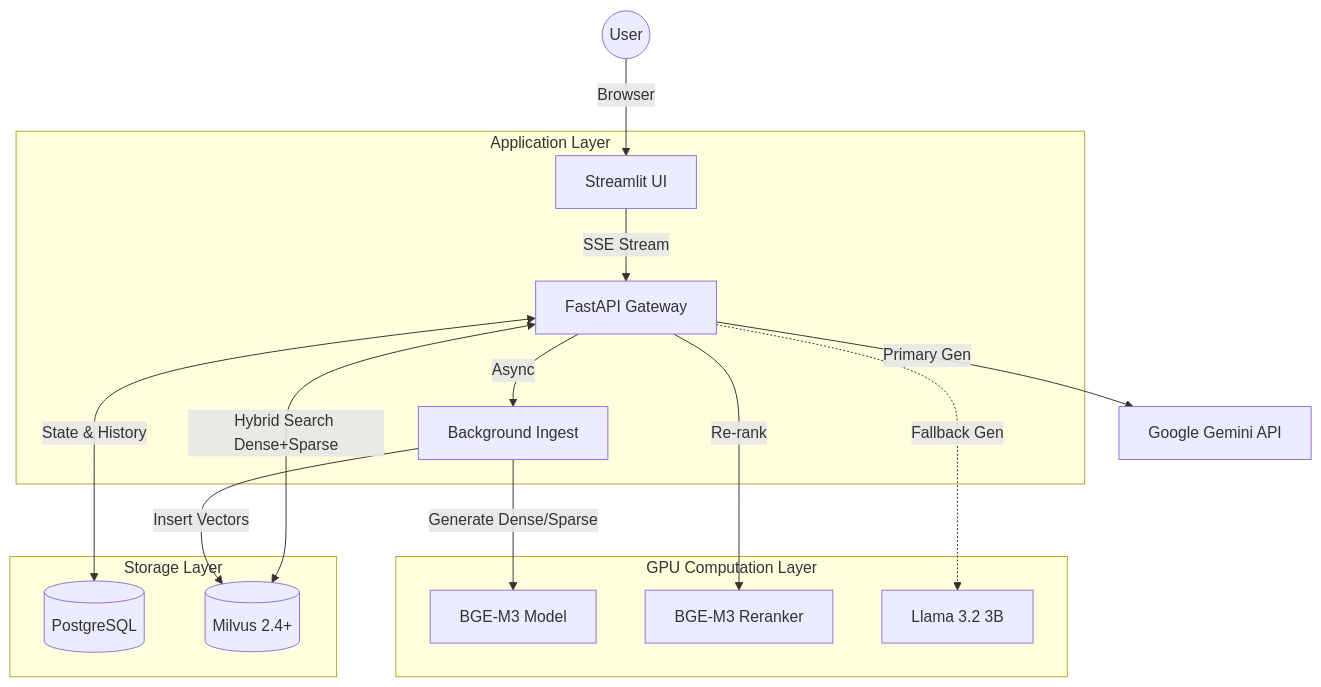
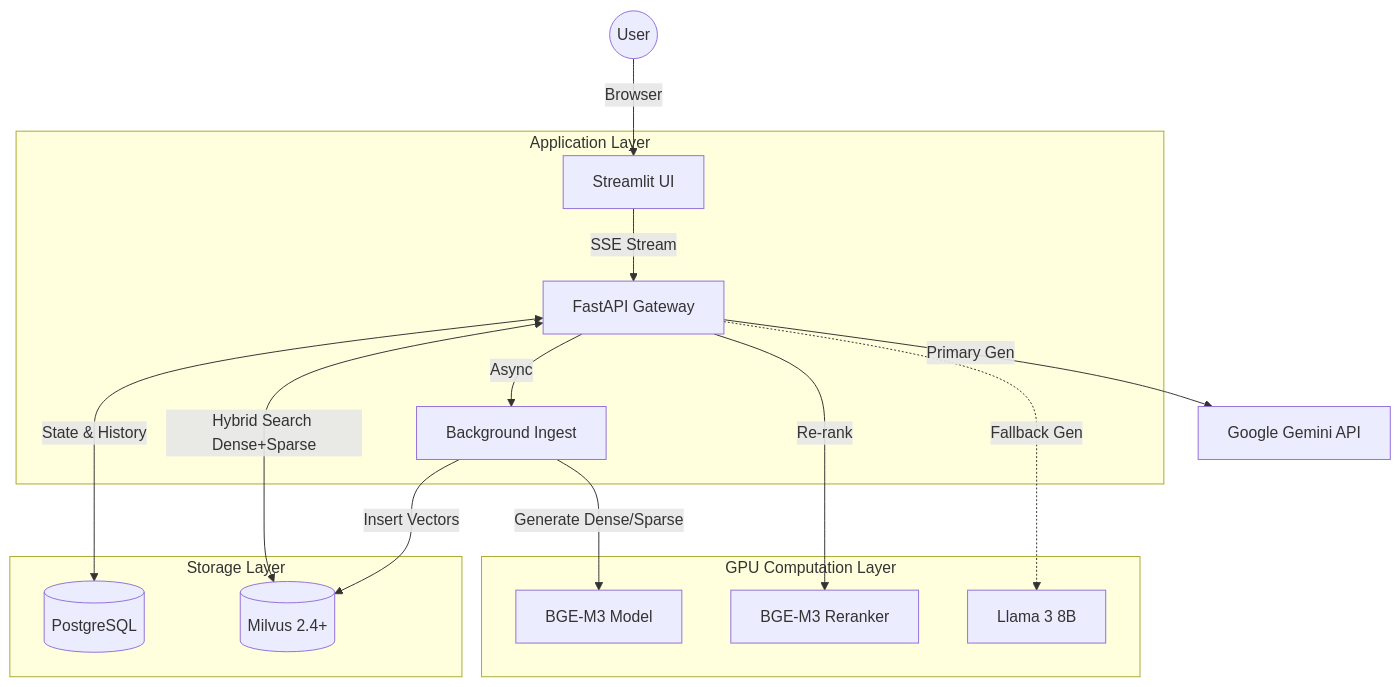
One commit to ducanhMU/RAGHouse changed the first of 8 diagrams in DESIGN.md. Above: the diagram before and after it, drawn with Mermaid. The commit also changed other lines of this file and 2 other files, not shown here.

````diff
--- a/DESIGN.md
+++ b/DESIGN.md
@@ -20,23 +20,24 @@
 ```mermaid
 graph TD
     User((User)) -->|Browser| UI[Streamlit UI]
     
     subgraph "Application Layer"
         UI -->|SSE Stream| API[FastAPI Gateway]
         API -->|Async| Worker[Background Ingest]
     end
 
     subgraph "Storage Layer"
         API <-->|State & History| PG[(PostgreSQL)]
+        Worker -->|Insert Vectors| Milvus
         API <-->|Hybrid Search Dense+Sparse| Milvus[(Milvus 2.4+)]
-        Worker -->|Insert Vectors| Milvus
+        
     end
 
     subgraph "GPU Computation Layer"
         Worker -->|Generate Dense/Sparse| Embed_Model[BGE-M3 Model]
         API -->|Re-rank| Rerank_Model[BGE-M3 Reranker]
-        API -.->|Fallback Gen| Local_LLM[Llama 3.2 3B]
+        API -.->|Fallback Gen| Local_LLM[Llama 3 8B]
     end
 
     API -->|Primary Gen| Cloud_LLM[Google Gemini API]
 ```
````
